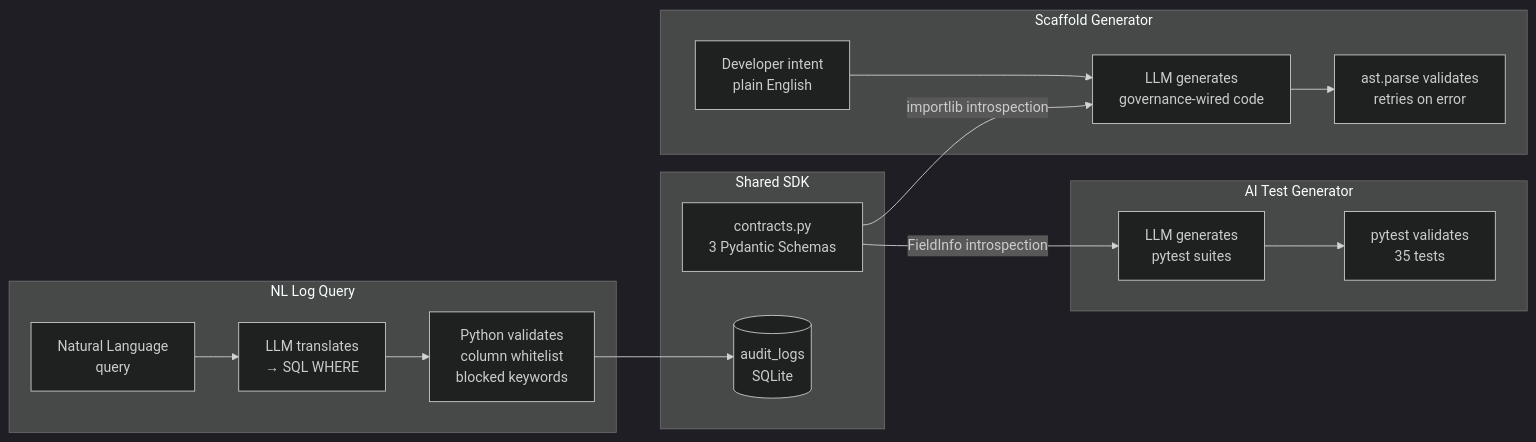
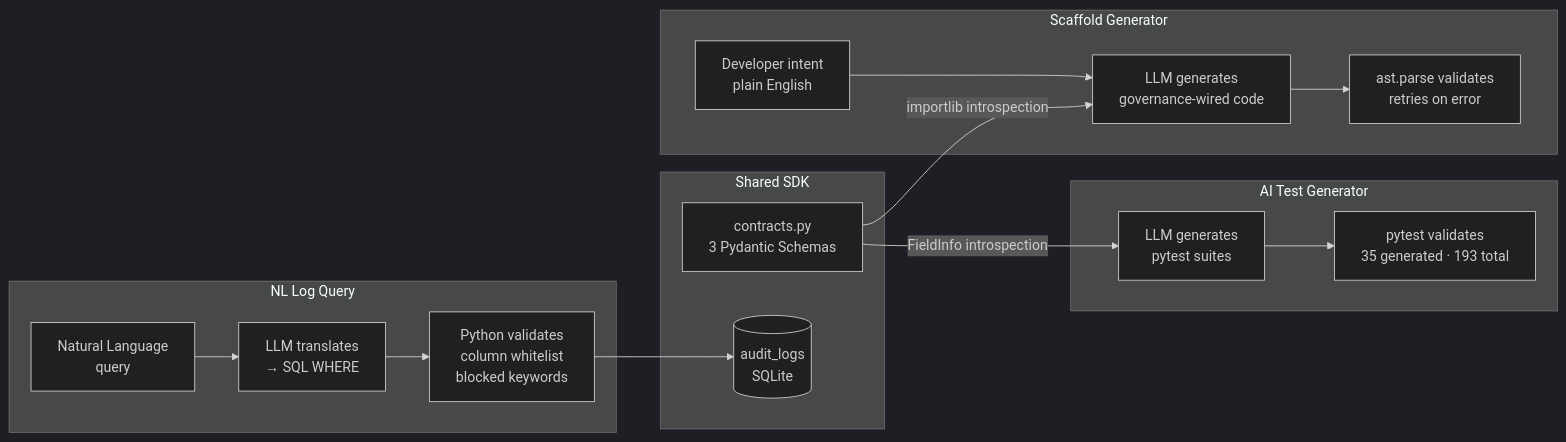
Before and after one commit to kmufti7/intelliflow-os: the sixth of 6 diagrams in ARCHITECTURE.md, drawn with Mermaid (dark theme). The commit also changed other lines of this file and 1 other file, not shown here.

Commit message:
fix: replace stale ARCHITECTURE.md diagrams with middleware-first architecture + add content validation to verify_cascade

````diff
--- a/ARCHITECTURE.md
+++ b/ARCHITECTURE.md
@@ -145,24 +143,24 @@
 ```mermaid
 flowchart LR
   subgraph Shared SDK
     SC[contracts.py<br/>3 Pydantic Schemas]
     AL[(audit_logs<br/>SQLite)]
   end
 
   subgraph AI Test Generator
     SC -->|FieldInfo introspection| TG[LLM generates<br/>pytest suites]
-    TG --> PY[pytest validates<br/>35 tests]
+    TG --> PY[pytest validates<br/>35 generated · 193 total]
   end
 
   subgraph NL Log Query
     NL[Natural Language<br/>query] --> LLM1[LLM translates<br/>→ SQL WHERE]
     LLM1 --> VAL[Python validates<br/>column whitelist<br/>blocked keywords]
     VAL --> AL
   end
 
   subgraph Scaffold Generator
     DESC[Developer intent<br/>plain English] --> LLM2[LLM generates<br/>governance-wired code]
     SC -->|importlib introspection| LLM2
     LLM2 --> AST[ast.parse validates<br/>retries on error]
   end
 ```
````
